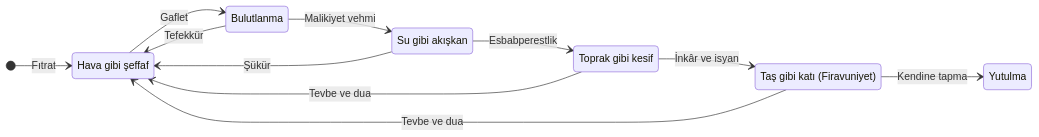
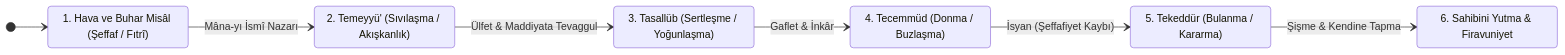
Before and after one commit to bahattinyunus/tilsim-i-kainat: the diagram in docs/ene-ontolojisi/02-kalinlasma-ve-firavuniyet.md, drawn with Mermaid. The commit also changed other lines of this file and 8 other files, not shown here.

````diff
--- a/docs/ene-ontolojisi/02-kalinlasma-ve-firavuniyet.md
+++ b/docs/ene-ontolojisi/02-kalinlasma-ve-firavuniyet.md
@@ -13,22 +14,17 @@
 ```mermaid
 stateDiagram-v2
     direction LR
-    Hava: Hava gibi şeffaf
-    Bulut: Bulutlanma
-    Su: Su gibi akışkan
-    Toprak: Toprak gibi kesif
-    Tas: Taş gibi katı (Firavuniyet)
-    Yutulma: Yutulma
+    Hava: 1. Hava ve Buhar Misâl (Şeffaf / Fıtrî)
+    Temeyyu: 2. Temeyyü' (Sıvılaşma / Akışkanlık)
+    Tasallub: 3. Tasallüb (Sertleşme / Yoğunlaşma)
+    Tecemmud: 4. Tecemmüd (Donma / Buzlaşma)
+    Tekeddur: 5. Tekeddür (Bulanma / Kararma)
+    Yutulma: 6. Sahibini Yutma & Firavuniyet
 
-    [*] --> Hava: Fıtrat
-    Hava --> Bulut: Gaflet
-    Bulut --> Su: Malikiyet vehmi
-    Su --> Toprak: Esbabperestlik
-    Toprak --> Tas: İnkâr ve isyan
-    Tas --> Yutulma: Kendine tapma
-
-    Bulut --> Hava: Tefekkür
-    Su --> Hava: Şükür
-    Toprak --> Hava: Tevbe ve dua
-    Tas --> Hava: Tevbe ve dua
+    [*] --> Hava
+    Hava --> Temeyyu: Mâna-yı İsmî Nazarı
+    Temeyyu --> Tasallub: Ülfet & Maddiyata Tevaggul
+    Tasallub --> Tecemmud: Gaflet & İnkâr
+    Tecemmud --> Tekeddur: İsyan (Şeffafiyet Kaybı)
+    Tekeddur --> Yutulma: Şişme & Kendine Tapma
 ```
````
